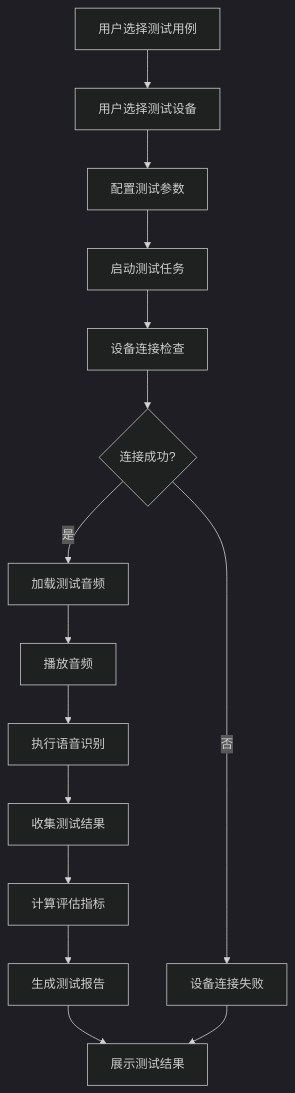
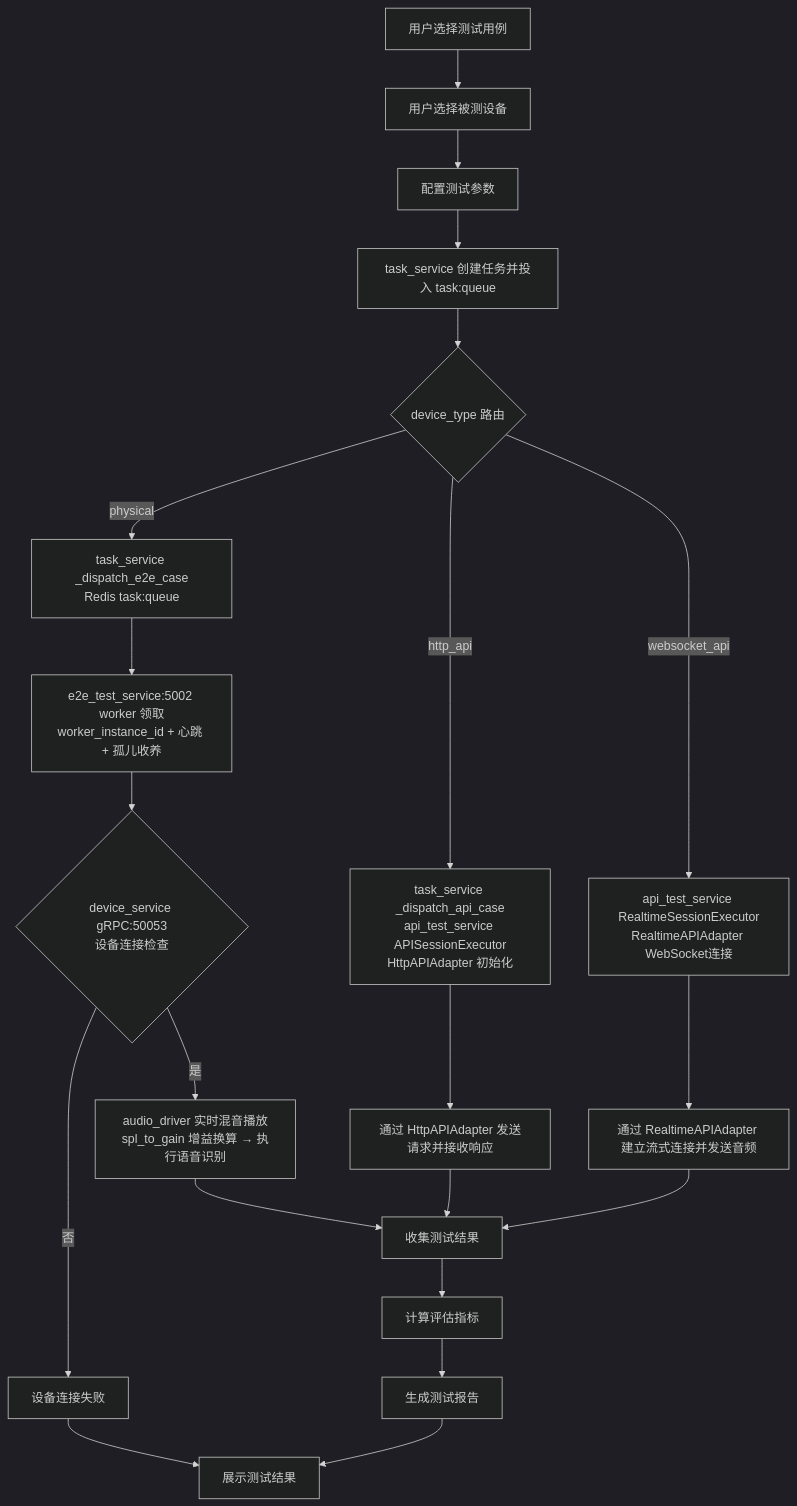
Before and after one commit to ydz-auto/intelligent_audio_test: the first of 3 diagrams in Intelligent-Audio-TEST/doc/功能设计文档/01_测试执行/端到端测试功能设计文档.md, drawn with Mermaid (dark theme). The commit also changed other lines of this file and 268 other files, not shown here.

````diff
--- a/Intelligent-Audio-TEST/doc/功能设计文档/01_测试执行/端到端测试功能设计文档.md
+++ b/Intelligent-Audio-TEST/doc/功能设计文档/01_测试执行/端到端测试功能设计文档.md
@@ -205,17 +222,23 @@
 ```mermaid
 flowchart TD
-    A[用户选择测试用例] --> B[用户选择测试设备]
+    A[用户选择测试用例] --> B[用户选择被测设备]
     B --> C[配置测试参数]
-    C --> D[启动测试任务]
-    D --> E[设备连接检查]
-    E --> F{连接成功?}
-    F -->|否| G[设备连接失败]
-    F -->|是| H[加载测试音频]
-    H --> I[播放音频]
-    I --> J[执行语音识别]
-    J --> K[收集测试结果]
+    C --> D[task_service 创建任务并投入 task:queue]
+    D --> E{device_type 路由}
+    E -->|physical| F1[task_service _dispatch_e2e_case<br/>Redis task:queue]
+    E -->|http_api| F2[task_service _dispatch_api_case<br/>api_test_service APISessionExecutor<br/>HttpAPIAdapter 初始化]
+    E -->|websocket_api| F3[api_test_service RealtimeSessionExecutor<br/>RealtimeAPIAdapter WebSocket连接]
+    F1 --> G1[e2e_test_service:5002 worker 领取<br/>worker_instance_id + 心跳 + 孤儿收养]
+    G1 --> H1{device_service gRPC:50053<br/>设备连接检查}
+    H1 -->|否| I1[设备连接失败]
+    H1 -->|是| J1[audio_driver 实时混音播放<br/>spl_to_gain 增益换算 → 执行语音识别]
+    F2 --> J2[通过 HttpAPIAdapter 发送请求并接收响应]
+    F3 --> J3[通过 RealtimeAPIAdapter 建立流式连接并发送音频]
+    J1 --> K[收集测试结果]
+    J2 --> K
+    J3 --> K
     K --> L[计算评估指标]
     L --> M[生成测试报告]
     M --> N[展示测试结果]
-    G --> N
+    I1 --> N
 ```
````
